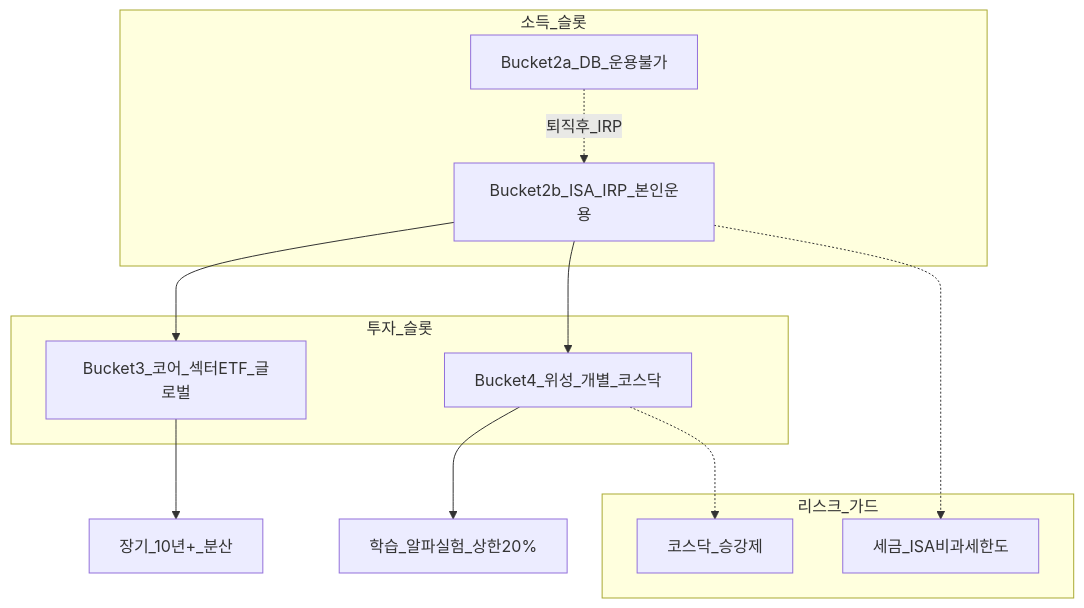
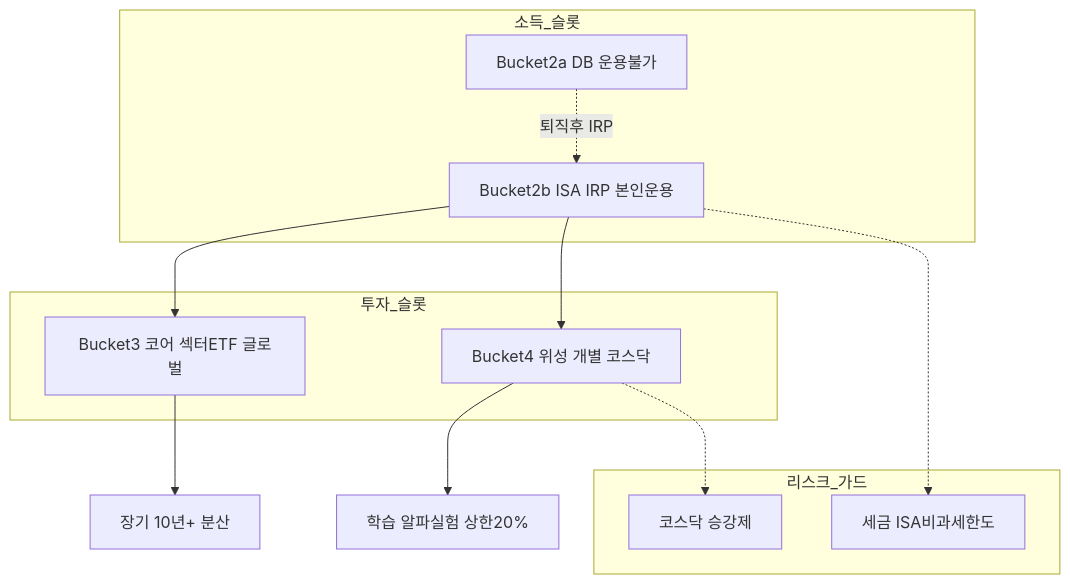
The second of 3 diagrams in 03-markets/sectors/sector-investing-framework.md (goldanghenry/Finances), drawn with Mermaid before and after one commit. The commit also changed other lines of this file and 211 other files, not shown here.

````diff
--- a/03-markets/sectors/sector-investing-framework.md
+++ b/03-markets/sectors/sector-investing-framework.md
@@ -145,22 +151,22 @@
 ```mermaid
 flowchart TB
   subgraph income [소득_슬롯]
-    DB[Bucket2a_DB_운용불가]
-    ISA[Bucket2b_ISA_IRP_본인운용]
+    DB["Bucket2a DB 운용불가"]
+    ISA["Bucket2b ISA IRP 본인운용"]
   end
   subgraph invest [투자_슬롯]
-    B3[Bucket3_코어_섹터ETF_글로벌]
-    B4[Bucket4_위성_개별_코스닥]
+    B3["Bucket3 코어 섹터ETF 글로벌"]
+    B4["Bucket4 위성 개별 코스닥"]
   end
   subgraph guard [리스크_가드]
-    KRX[코스닥_승강제]
-    Tax[세금_ISA비과세한도]
+    KRX["코스닥 승강제"]
+    Tax["세금 ISA비과세한도"]
   end
   ISA --> B3
   ISA --> B4
-  B3 --> Goal[장기_10년+_분산]
-  B4 --> Learn[학습_알파실험_상한20%]
+  B3 --> Goal["장기 10년+ 분산"]
+  B4 --> Learn["학습 알파실험 상한20%"]
   B4 -.-> KRX
   ISA -.-> Tax
-  DB -.->|퇴직후_IRP| ISA
+  DB -.->|"퇴직후 IRP"| ISA
 ```
````
